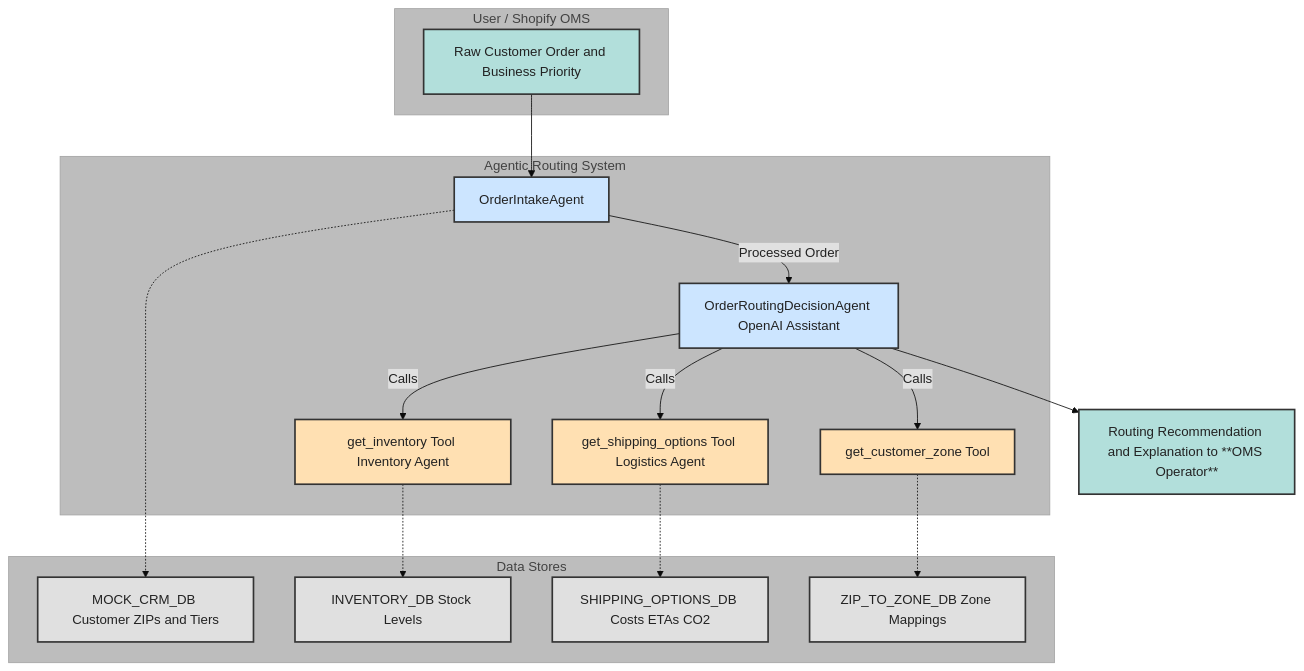
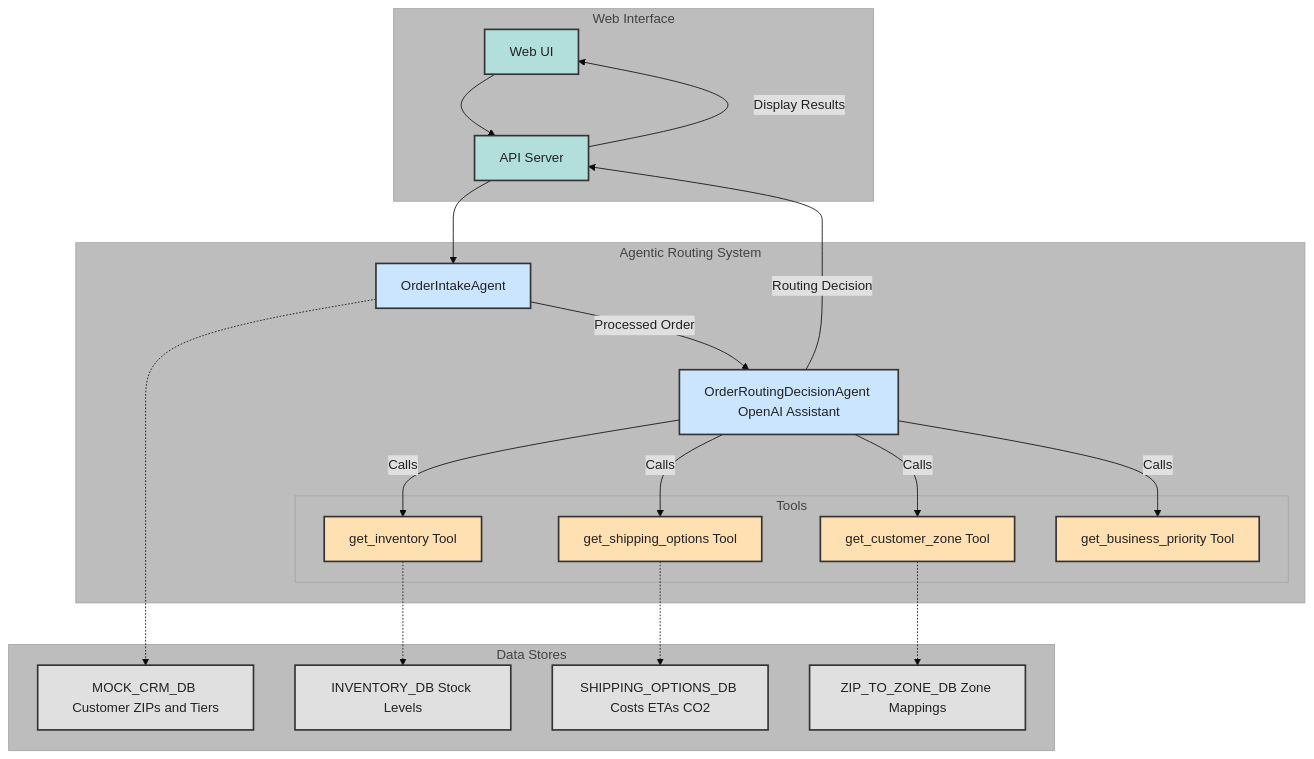
Before and after one commit to tperol/agentic-order-routing: the diagram in README.md, drawn with Mermaid. The commit also changed 30 other files, not shown here.

````diff
--- a/README.md
+++ b/README.md
@@ -33,50 +33,58 @@
 ```mermaid
 %%{init: {"theme": "base", "themeVariables": { "primaryColor": "#f4f4f4", "primaryTextColor": "#222", "secondaryColor": "#e0e0e0", "tertiaryColor": "#bdbdbd", "fontSize": "16px" }}}%%
 graph TD
-    subgraph "User / Shopify OMS"
-        A[Raw Customer Order and Business Priority]
+    subgraph "Web Interface"
+        UI[Web UI]
+        API[API Server]
     end
 
     subgraph "Data Stores"
         DB1[MOCK_CRM_DB Customer ZIPs and Tiers]
         DB2[INVENTORY_DB Stock Levels]
         DB3[SHIPPING_OPTIONS_DB Costs ETAs CO2]
         DB4[ZIP_TO_ZONE_DB Zone Mappings]
     end
 
     subgraph "Agentic Routing System"
         OIA[OrderIntakeAgent]
         ORDA[OrderRoutingDecisionAgent OpenAI Assistant]
 
-        tool_cz[get_customer_zone Tool]
-        tool_inv[get_inventory Tool Inventory Agent]
-        tool_so[get_shipping_options Tool Logistics Agent]
+        subgraph "Tools"
+            tool_cz[get_customer_zone Tool]
+            tool_inv[get_inventory Tool]
+            tool_so[get_shipping_options Tool]
+            tool_priority[get_business_priority Tool]
+        end
     end
 
-    A --> OIA
+    UI --> API
+    API --> OIA
     OIA -->|Processed Order| ORDA
     OIA -.-> DB1
 
     ORDA -- Calls --> tool_cz
     tool_cz -.-> DB4
 
     ORDA -- Calls --> tool_inv
     tool_inv -.-> DB2
 
     ORDA -- Calls --> tool_so
     tool_so -.-> DB3
 
-    ORDA --> Z[Routing Recommendation and Explanation to **OMS Operator**]
+    ORDA -- Calls --> tool_priority
+
+    ORDA -->|Routing Decision| API
+    API -->|Display Results| UI
 
     %% Custom styles for readability
     classDef default fill:#f4f4f4,stroke:#333,stroke-width:2px,color:#222,font-size:16px;
     classDef agent fill:#cce5ff,stroke:#333,stroke-width:2px,color:#222;
     classDef tool fill:#ffe0b2,stroke:#333,stroke-width:2px,color:#222;
     classDef data fill:#e0e0e0,stroke:#333,stroke-width:2px,color:#222;
-    classDef io fill:#b2dfdb,stroke:#333,stroke-width:2px,color:#222;
+    classDef web fill:#b2dfdb,stroke:#333,stroke-width:2px,color:#222;
 
     class OIA,ORDA agent;
-    class tool_cz,tool_inv,tool_so tool;
+    class tool_cz,tool_inv,tool_so,tool_priority tool;
     class DB1,DB2,DB3,DB4 data;
-    class A,Z io;
+    class UI,API web;
 ```
````
